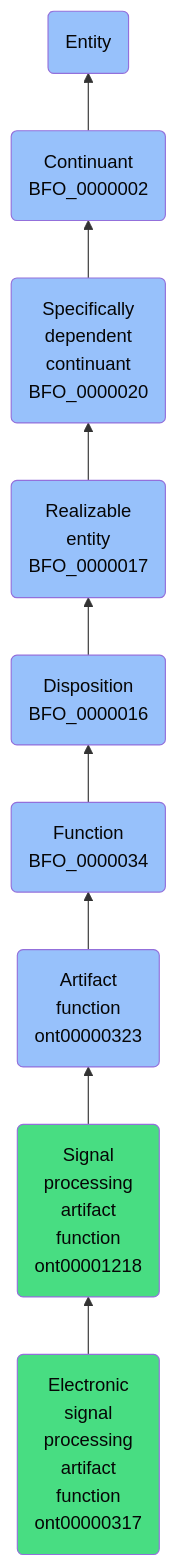
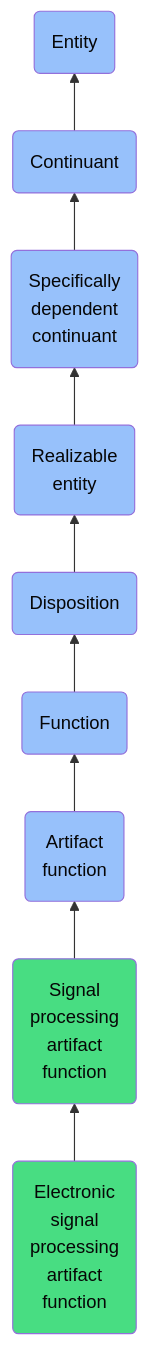
Before and after one commit to jupyter-naas/abi: the diagram in docs/ontology/reference/model/Entity/Continuant/Specifically dependent continuant/Realizable entity/Disposition/Function/Artifact function/Signal processing artifact function/Electronic signal processing artifact function/Electronic signal processing artifact function.md, drawn with Mermaid. The commit also changed other lines of this file and 1430 other files, not shown here.

````diff
--- a/docs/ontology/reference/model/Entity/Continuant/Specifically dependent continuant/Realizable entity/Disposition/Function/Artifact function/Signal processing artifact function/Electronic signal processing artifact function/Electronic signal processing artifact function.md
+++ b/docs/ontology/reference/model/Entity/Continuant/Specifically dependent continuant/Realizable entity/Disposition/Function/Artifact function/Signal processing artifact function/Electronic signal processing artifact function/Electronic signal processing artifact function.md
@@ -24,16 +24,16 @@
 ```mermaid
 graph BT
-    ont00000317(Electronic<br>signal<br>processing<br>artifact<br>function<br>ont00000317):::ABI-->ont00001218
-    ont00001218(Signal<br>processing<br>artifact<br>function<br>ont00001218):::ABI-->ont00000323
-    ont00000323(Artifact<br>function<br>ont00000323):::BFO-->BFO_0000034
-    BFO_0000034(Function<br>BFO_0000034):::BFO-->BFO_0000016
-    BFO_0000016(Disposition<br>BFO_0000016):::BFO-->BFO_0000017
-    BFO_0000017(Realizable<br>entity<br>BFO_0000017):::BFO-->BFO_0000020
-    BFO_0000020(Specifically<br>dependent<br>continuant<br>BFO_0000020):::BFO-->BFO_0000002
-    BFO_0000002(Continuant<br>BFO_0000002):::BFO-->BFO_0000001
+    ont00000317(Electronic<br>signal<br>processing<br>artifact<br>function):::ABI-->ont00001218
+    ont00001218(Signal<br>processing<br>artifact<br>function):::ABI-->ont00000323
+    ont00000323(Artifact<br>function):::BFO-->BFO_0000034
+    BFO_0000034(Function):::BFO-->BFO_0000016
+    BFO_0000016(Disposition):::BFO-->BFO_0000017
+    BFO_0000017(Realizable<br>entity):::BFO-->BFO_0000020
+    BFO_0000020(Specifically<br>dependent<br>continuant):::BFO-->BFO_0000002
+    BFO_0000002(Continuant):::BFO-->BFO_0000001
     BFO_0000001(Entity):::BFO
     
     classDef BFO fill:#97c1fb,color:#060606
     classDef CCO fill:#e4c51e,color:#060606
     classDef ABI fill:#48DD82,color:#060606
 ```
````
